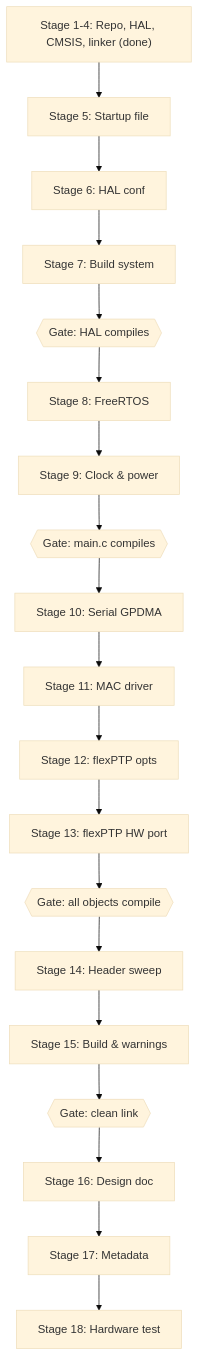
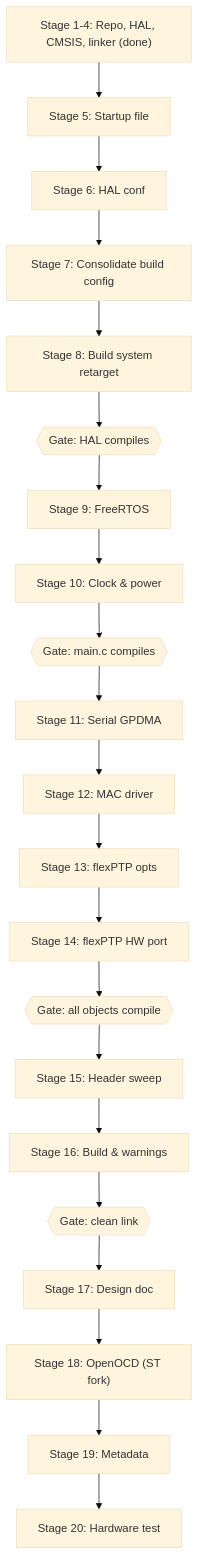
One commit to damiendusha/flexPTP-demo-NUCLEO-H563ZI changed the diagram in docs/implementation_plan.md. Above: the diagram before and after it, drawn with Mermaid (base theme). The commit also changed other lines of this file and 2 other files, not shown here.

First line of the commit message:
Add build-config consolidation and OpenOCD provisioning stages

````diff
--- a/docs/implementation_plan.md
+++ b/docs/implementation_plan.md
@@ -456,21 +540,23 @@
 ```mermaid
 graph TD
     A["Stage 1-4: Repo, HAL, CMSIS, linker (done)"] --> E["Stage 5: Startup file"]
     E --> F["Stage 6: HAL conf"]
-    F --> G["Stage 7: Build system"]
+    F --> G0["Stage 7: Consolidate build config"]
+    G0 --> G["Stage 8: Build system retarget"]
     G --> G1{{"Gate: HAL compiles"}}
-    G1 --> H["Stage 8: FreeRTOS"]
-    H --> I["Stage 9: Clock & power"]
+    G1 --> H["Stage 9: FreeRTOS"]
+    H --> I["Stage 10: Clock & power"]
     I --> I1{{"Gate: main.c compiles"}}
-    I1 --> J["Stage 10: Serial GPDMA"]
-    J --> K["Stage 11: MAC driver"]
-    K --> L["Stage 12: flexPTP opts"]
-    L --> M["Stage 13: flexPTP HW port"]
+    I1 --> J["Stage 11: Serial GPDMA"]
+    J --> K["Stage 12: MAC driver"]
+    K --> L["Stage 13: flexPTP opts"]
+    L --> M["Stage 14: flexPTP HW port"]
     M --> M1{{"Gate: all objects compile"}}
-    M1 --> N["Stage 14: Header sweep"]
-    N --> O["Stage 15: Build & warnings"]
+    M1 --> N["Stage 15: Header sweep"]
+    N --> O["Stage 16: Build & warnings"]
     O --> O1{{"Gate: clean link"}}
-    O1 --> P["Stage 16: Design doc"]
-    P --> Q["Stage 17: Metadata"]
-    Q --> R["Stage 18: Hardware test"]
+    O1 --> P["Stage 17: Design doc"]
+    P --> Q0["Stage 18: OpenOCD (ST fork)"]
+    Q0 --> Q["Stage 19: Metadata"]
+    Q --> R["Stage 20: Hardware test"]
 ```
````
